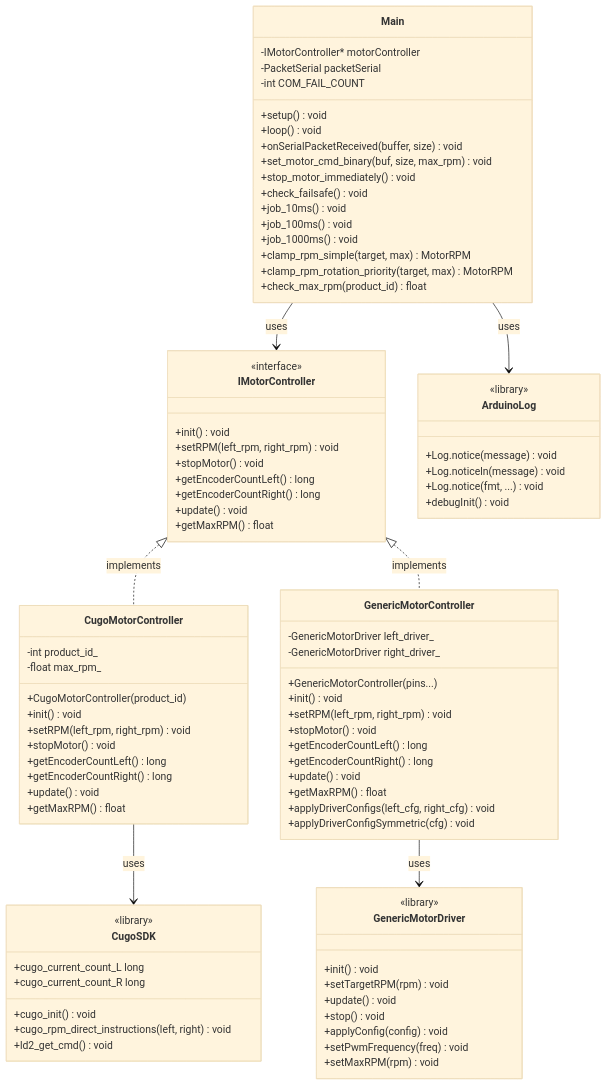
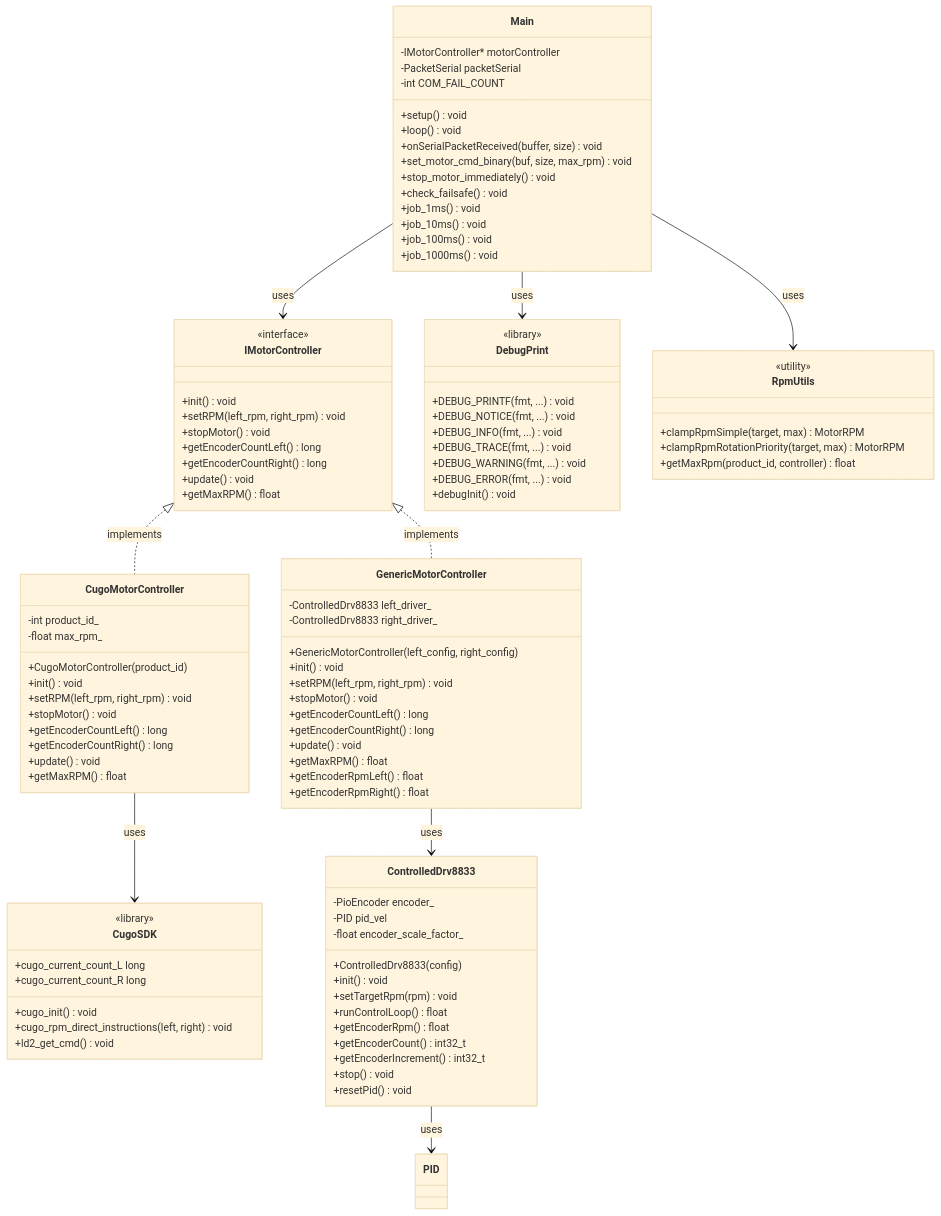
Before and after one commit to TomiXRM/cugo_ros2_motorcontroller2_PlatformIO: the first of 5 diagrams in docs/architecture.md, drawn with Mermaid (base theme). The commit also changed other lines of this file and 1 other file, not shown here.

Commit message:
ドキュメント : ControlledDrv8833クラスの導入と設定方法の更新、デバッグ出力マクロの追加

````diff
--- a/docs/architecture.md
+++ b/docs/architecture.md
@@ -95,9 +95,9 @@
     }
 
     class GenericMotorController {
-        -GenericMotorDriver left_driver_
-        -GenericMotorDriver right_driver_
-        +GenericMotorController(pins...)
+        -ControlledDrv8833 left_driver_
+        -ControlledDrv8833 right_driver_
+        +GenericMotorController(left_config, right_config)
         +init() void
         +setRPM(left_rpm, right_rpm) void
         +stopMotor() void
@@ -105,8 +105,8 @@
         +getEncoderCountRight() long
         +update() void
         +getMaxRPM() float
-        +applyDriverConfigs(left_cfg, right_cfg) void
-        +applyDriverConfigSymmetric(cfg) void
+        +getEncoderRpmLeft() float
+        +getEncoderRpmRight() float
     }
 
     class CugoSDK {
@@ -118,23 +118,37 @@
         +cugo_current_count_R long
     }
 
-    class ArduinoLog {
+    class DebugPrint {
         <<library>>
-        +Log.notice(message) void
-        +Log.noticeln(message) void
-        +Log.notice(fmt, ...) void
+        +DEBUG_PRINTF(fmt, ...) void
+        +DEBUG_NOTICE(fmt, ...) void
+        +DEBUG_INFO(fmt, ...) void
+        +DEBUG_TRACE(fmt, ...) void
+        +DEBUG_WARNING(fmt, ...) void
+        +DEBUG_ERROR(fmt, ...) void
         +debugInit() void
     }
 
-    class GenericMotorDriver {
-        <<library>>
+    class ControlledDrv8833 {
+        -PioEncoder encoder_
+        -PID pid_vel
+        -float encoder_scale_factor_
+        +ControlledDrv8833(config)
         +init() void
-        +setTargetRPM(rpm) void
-        +update() void
+        +setTargetRpm(rpm) void
+        +runControlLoop() float
+        +getEncoderRpm() float
+        +getEncoderCount() int32_t
+        +getEncoderIncrement() int32_t
         +stop() void
-        +applyConfig(config) void
-        +setPwmFrequency(freq) void
-        +setMaxRPM(rpm) void
+        +resetPid() void
+    }
+
+    class RpmUtils {
+        <<utility>>
+        +clampRpmSimple(target, max) MotorRPM
+        +clampRpmRotationPriority(target, max) MotorRPM
+        +getMaxRpm(product_id, controller) float
     }
 
     class Main {
@@ -147,18 +161,18 @@
         +set_motor_cmd_binary(buf, size, max_rpm) void
         +stop_motor_immediately() void
         +check_failsafe() void
+        +job_1ms() void
         +job_10ms() void
         +job_100ms() void
         +job_1000ms() void
-        +clamp_rpm_simple(target, max) MotorRPM
-        +clamp_rpm_rotation_priority(target, max) MotorRPM
-        +check_max_rpm(product_id) float
     }
 
     IMotorController <|.. CugoMotorController : implements
     IMotorController <|.. GenericMotorController : implements
     CugoMotorController --> CugoSDK : uses
     Main --> IMotorController : uses
-    Main --> ArduinoLog : uses
-    GenericMotorController --> GenericMotorDriver : uses
+    Main --> DebugPrint : uses
+    Main --> RpmUtils : uses
+    GenericMotorController --> ControlledDrv8833 : uses
+    ControlledDrv8833 --> PID : uses
 ```
````
